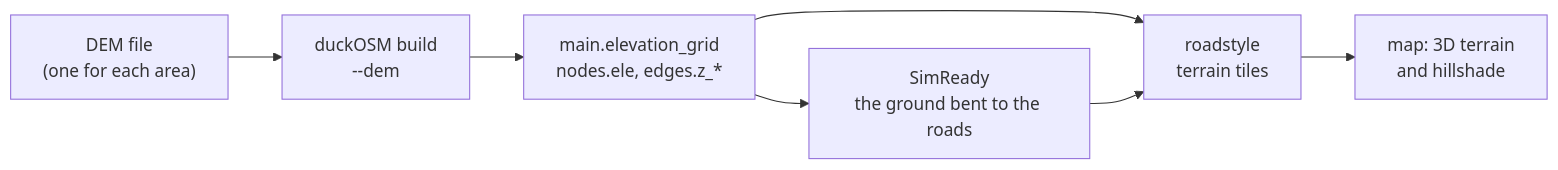
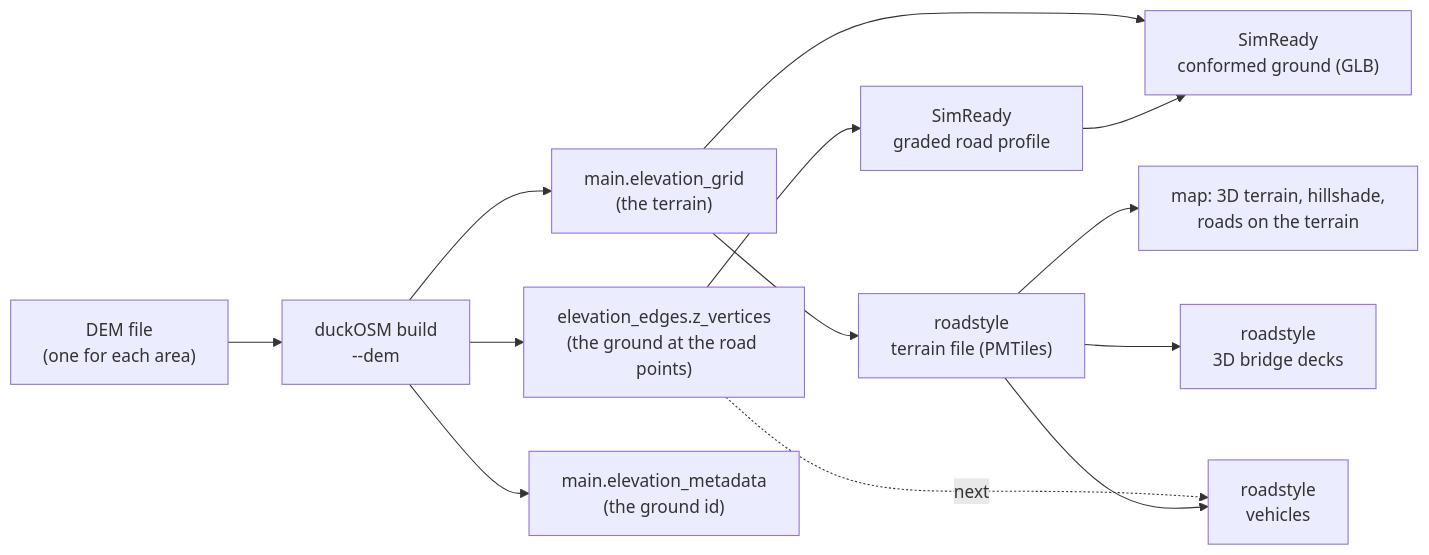
Before and after one commit to Khoshkhah/duckOSM: the diagram in docs/concepts/terrain.md, drawn with Mermaid. The commit also changed other lines of this file and 1 other file, not shown here.

First line of the commit message:
Docs: each part and its terrain, and the road profile

````diff
--- a/docs/concepts/terrain.md
+++ b/docs/concepts/terrain.md
@@ -41,9 +44,15 @@
 ```mermaid
 flowchart LR
   DEM["DEM file<br/>(one for each area)"] --> B["duckOSM build<br/>--dem"]
-  B --> G["main.elevation_grid<br/>nodes.ele, edges.z_*"]
-  G --> S["SimReady<br/>the ground bent to the roads"]
-  G --> R["roadstyle<br/>terrain tiles"]
-  S --> R
-  R --> M["map: 3D terrain<br/>and hillshade"]
+  B --> G["main.elevation_grid<br/>(the terrain)"]
+  B --> Z["elevation_edges.z_vertices<br/>(the ground at the road points)"]
+  B --> M["main.elevation_metadata<br/>(the ground id)"]
+  Z --> SP["SimReady<br/>graded road profile"]
+  G --> SC["SimReady<br/>conformed ground (GLB)"]
+  SP --> SC
+  G --> T["roadstyle<br/>terrain file (PMTiles)"]
+  T --> MAP["map: 3D terrain, hillshade,<br/>roads on the terrain"]
+  T --> D["roadstyle<br/>3D bridge decks"]
+  Z -.->|next| V["roadstyle<br/>vehicles"]
+  T --> V
 ```
````
